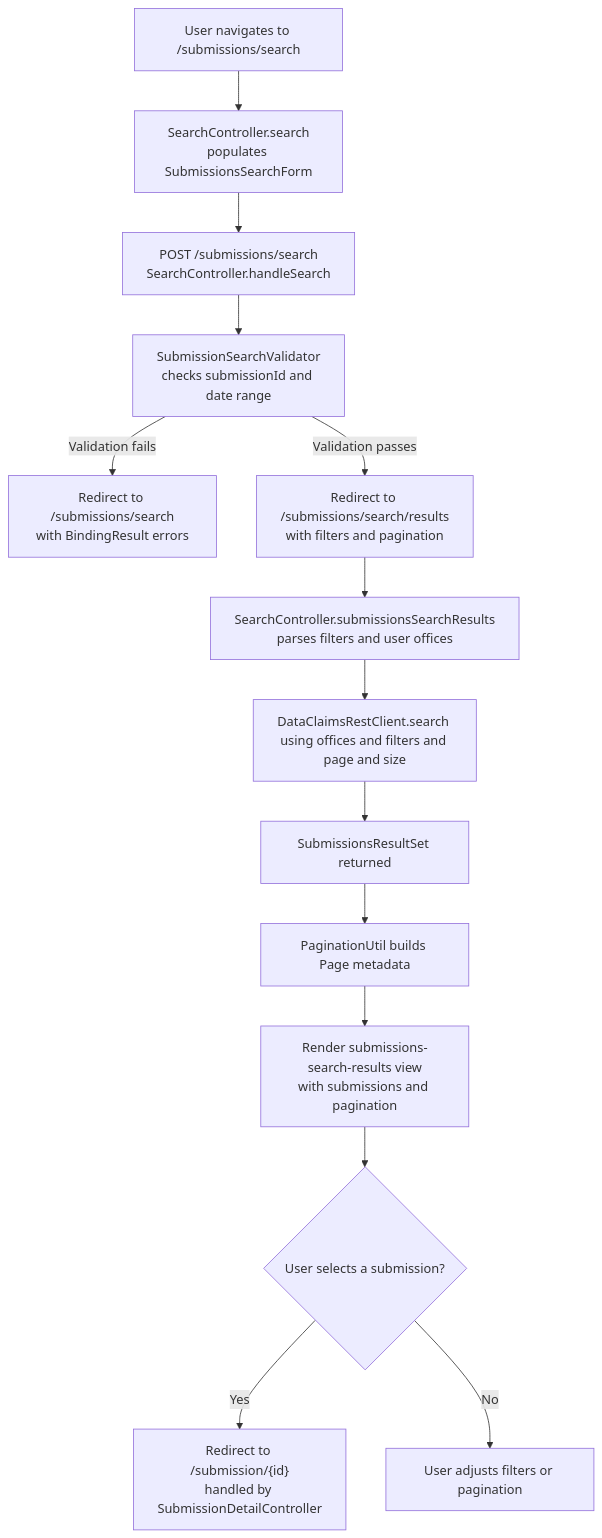
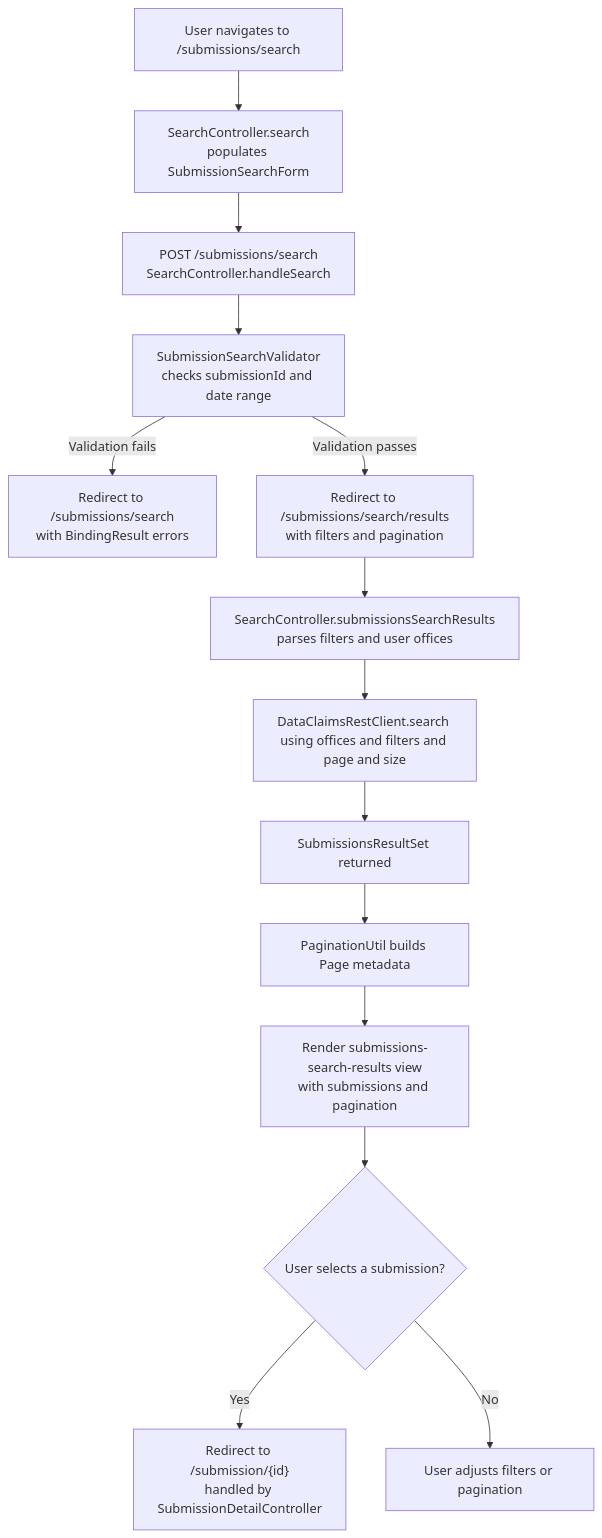
The diagram in docs/flows/search-flow.md (ministryofjustice/laa-submit-a-bulk-claim), drawn with Mermaid before and after one commit. The commit also changed 14 other files, not shown here.

````diff
--- a/docs/flows/search-flow.md
+++ b/docs/flows/search-flow.md
@@ -7,18 +7,18 @@
 ```mermaid
 flowchart TD
-    start["User navigates to /submissions/search"] --> form["SearchController.search\npopulates SubmissionsSearchForm"]
+    start["User navigates to /submissions/search"] --> form["SearchController.search\npopulates SubmissionSearchForm"]
     form --> submit["POST /submissions/search\nSearchController.handleSearch"]
     submit --> validate["SubmissionSearchValidator\nchecks submissionId and date range"]
     validate -->|Validation fails| redisplay["Redirect to /submissions/search\nwith BindingResult errors"]
     validate -->|Validation passes| redirect["Redirect to /submissions/search/results\nwith filters and pagination"]
     redirect --> results["SearchController.submissionsSearchResults\nparses filters and user offices"]
     results --> dsCall["DataClaimsRestClient.search using offices and filters and page and size"]
     dsCall --> returnedResults["SubmissionsResultSet returned"]
     returnedResults --> paginate["PaginationUtil builds Page metadata"]
     paginate --> view["Render submissions-search-results view\nwith submissions and pagination"]
     view --> select{"User selects a submission?"}
     select -->|Yes| detail["Redirect to /submission/{id}\nhandled by SubmissionDetailController"]
     select -->|No| endFlow["User adjusts filters or pagination"]
 
 
 ```
````
